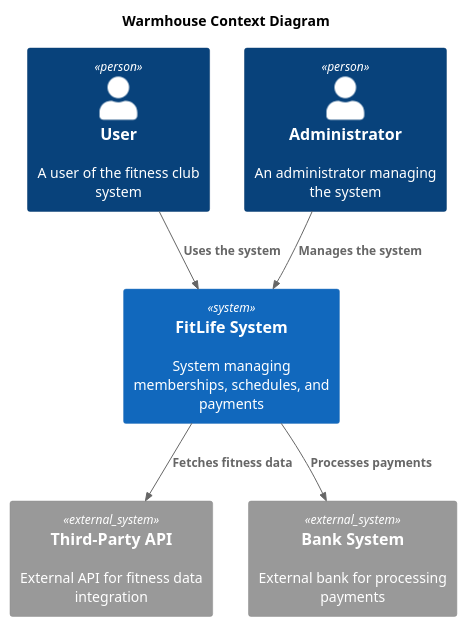
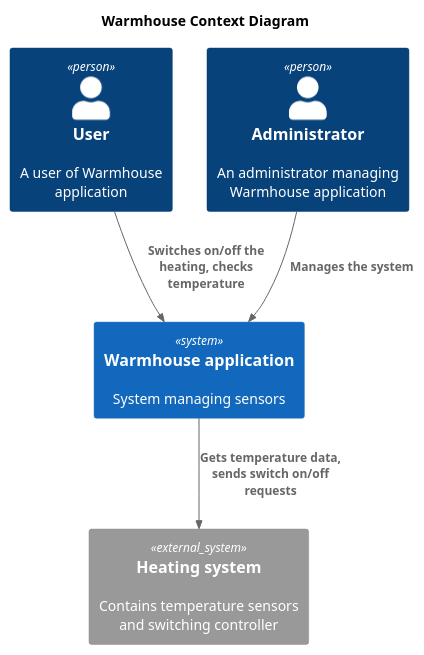
One commit to grafkozloff/arch-sprint1 changed the diagram in diagrams/context/current-context.puml. Above: the diagram before and after it, drawn with PlantUML. The commit also changed 1 other file, not shown here.

```diff
--- a/diagrams/context/current-context.puml
+++ b/diagrams/context/current-context.puml
@@ -1,20 +1,18 @@
 @startuml
 title Warmhouse Context Diagram
 
 top to bottom direction
 
 !includeurl https://raw.githubusercontent.com/RicardoNiepel/C4-PlantUML/master/C4_Component.puml
 
-Person(user, "User", "A user of the fitness club system")
-Person(admin, "Administrator", "An administrator managing the system")
-System(FitLifeSystem, "FitLife System", "System managing memberships, schedules, and payments")
+Person(user, "User", "A user of Warmhouse application")
+Person(admin, "Administrator", "An administrator managing Warmhouse application")
+System(WarmhouseApp, "Warmhouse application", "System managing sensors")
 
-System_Ext(api, "Third-Party API", "External API for fitness data integration")
-System_Ext(bank, "Bank System", "External bank for processing payments")
+System_Ext(sensor, "Heating system", "Contains temperature sensors and switching controller")
 
-Rel(user, FitLifeSystem, "Uses the system")
-Rel(admin,FitLifeSystem,"Manages the system")
-Rel(FitLifeSystem,api,"Fetches fitness data")
-Rel(FitLifeSystem,bank,"Processes payments")
+Rel(user, WarmhouseApp, "Switches on/off the heating, checks temperature")
+Rel(admin, WarmhouseApp, "Manages the system")
+Rel(WarmhouseApp, sensor, "Gets temperature data, sends switch on/off requests")
 
 @enduml
```
